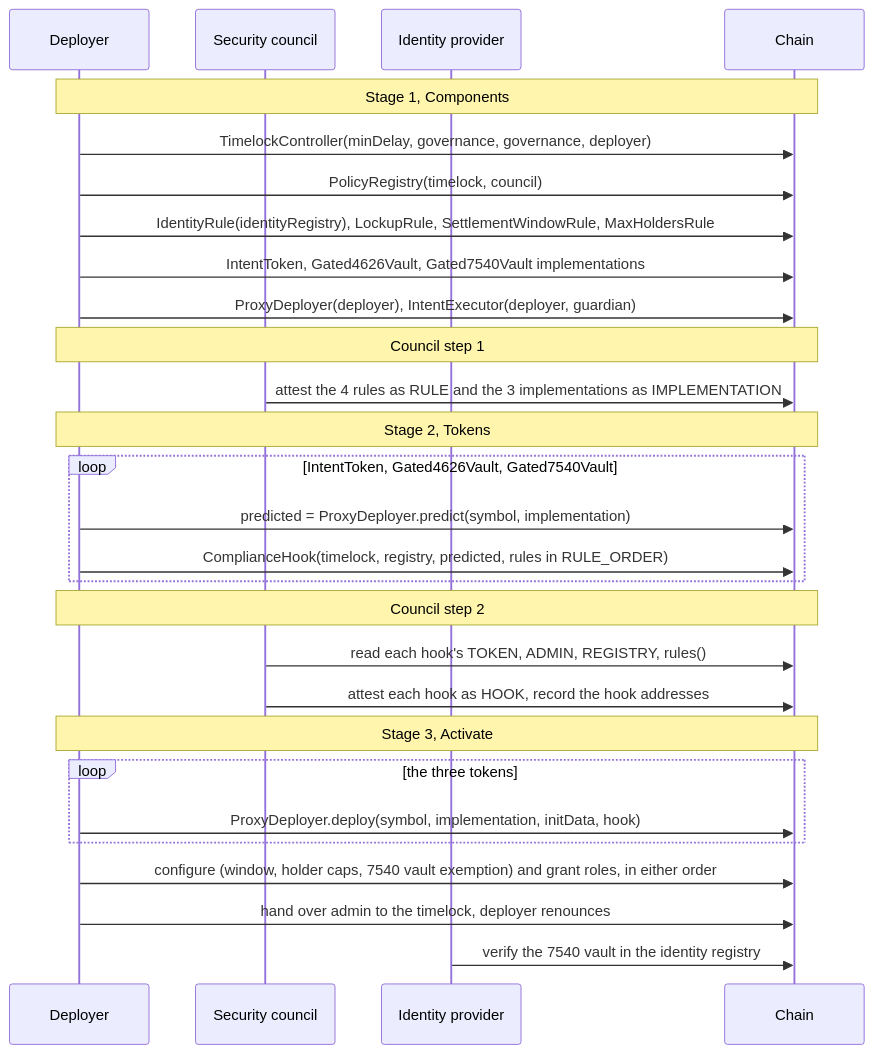
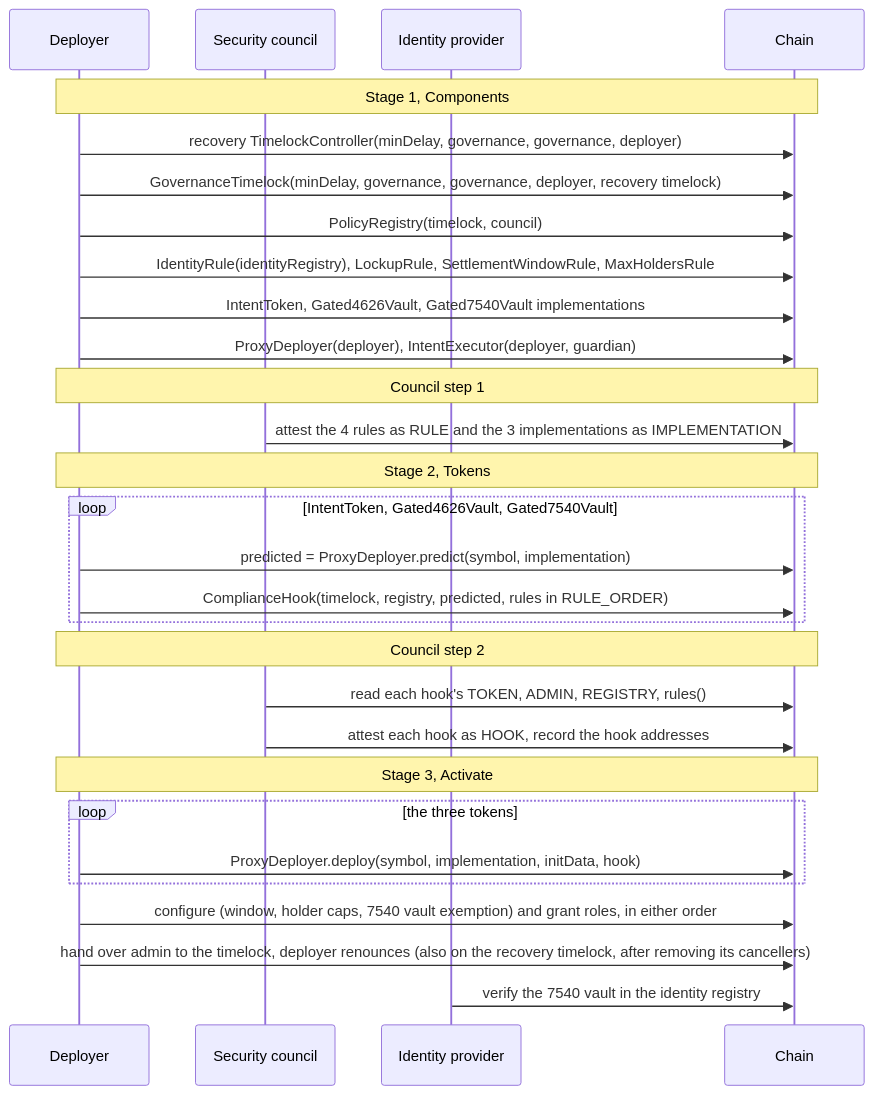
Before and after one commit to fepvenancio/rwa-token: the fifth of 5 diagrams in docs/governance-and-deployment.md, drawn with Mermaid. The commit also changed other lines of this file and 7 other files, not shown here.

Commit message:
docs: guides updated for v0.2.0 (recovery timelock, plain-transfer rejects, claim-time checks, recoverClaimable, full-delegate operators)

````diff
--- a/docs/governance-and-deployment.md
+++ b/docs/governance-and-deployment.md
@@ -148,35 +182,36 @@
 ```mermaid
 sequenceDiagram
   participant D as Deployer
   participant Co as Security council
   participant IP as Identity provider
   participant Ch as Chain
 
   Note over D,Ch: Stage 1, Components
-  D->>Ch: TimelockController(minDelay, governance, governance, deployer)
+  D->>Ch: recovery TimelockController(minDelay, governance, governance, deployer)
+  D->>Ch: GovernanceTimelock(minDelay, governance, governance, deployer, recovery timelock)
   D->>Ch: PolicyRegistry(timelock, council)
   D->>Ch: IdentityRule(identityRegistry), LockupRule, SettlementWindowRule, MaxHoldersRule
   D->>Ch: IntentToken, Gated4626Vault, Gated7540Vault implementations
   D->>Ch: ProxyDeployer(deployer), IntentExecutor(deployer, guardian)
 
   Note over D,Ch: Council step 1
   Co->>Ch: attest the 4 rules as RULE and the 3 implementations as IMPLEMENTATION
 
   Note over D,Ch: Stage 2, Tokens
   loop IntentToken, Gated4626Vault, Gated7540Vault
     D->>Ch: predicted = ProxyDeployer.predict(symbol, implementation)
     D->>Ch: ComplianceHook(timelock, registry, predicted, rules in RULE_ORDER)
   end
 
   Note over D,Ch: Council step 2
   Co->>Ch: read each hook's TOKEN, ADMIN, REGISTRY, rules()
   Co->>Ch: attest each hook as HOOK, record the hook addresses
 
   Note over D,Ch: Stage 3, Activate
   loop the three tokens
     D->>Ch: ProxyDeployer.deploy(symbol, implementation, initData, hook)
   end
   D->>Ch: configure (window, holder caps, 7540 vault exemption) and grant roles, in either order
-  D->>Ch: hand over admin to the timelock, deployer renounces
+  D->>Ch: hand over admin to the timelock, deployer renounces (also on the recovery timelock, after removing its cancellers)
   IP->>Ch: verify the 7540 vault in the identity registry
 ```
````
